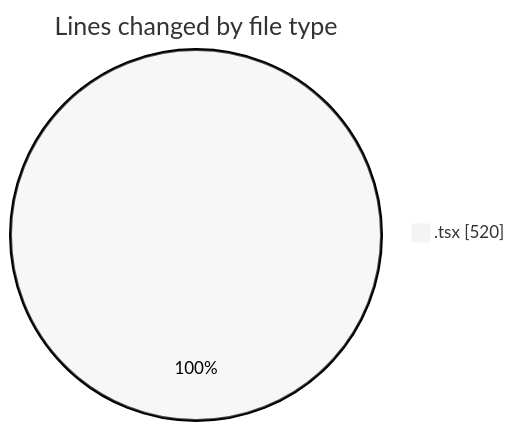
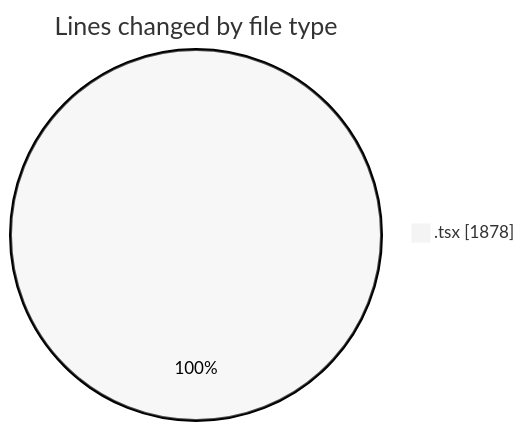
The first of 2 diagrams in 2025-09-23/cda/README.md (momahboobian/code-tracking), drawn with Mermaid (neutral theme) before and after one commit. The commit also changed other lines of this file and 1 other file, not shown here.

````diff
--- a/2025-09-23/cda/README.md
+++ b/2025-09-23/cda/README.md
@@ -21,5 +22,5 @@
 ```mermaid
 pie showData
 title Lines changed by file type
-".tsx" : 520
+".tsx" : 1878
 ```
````
